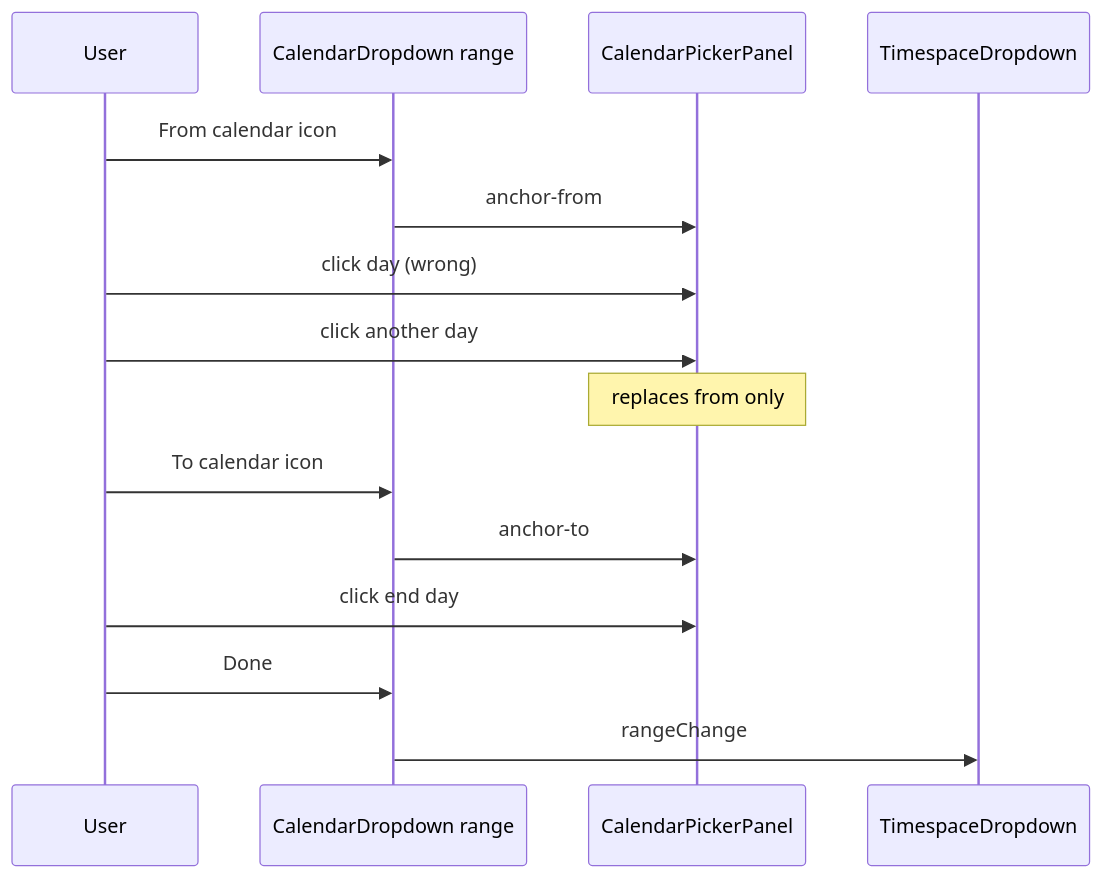
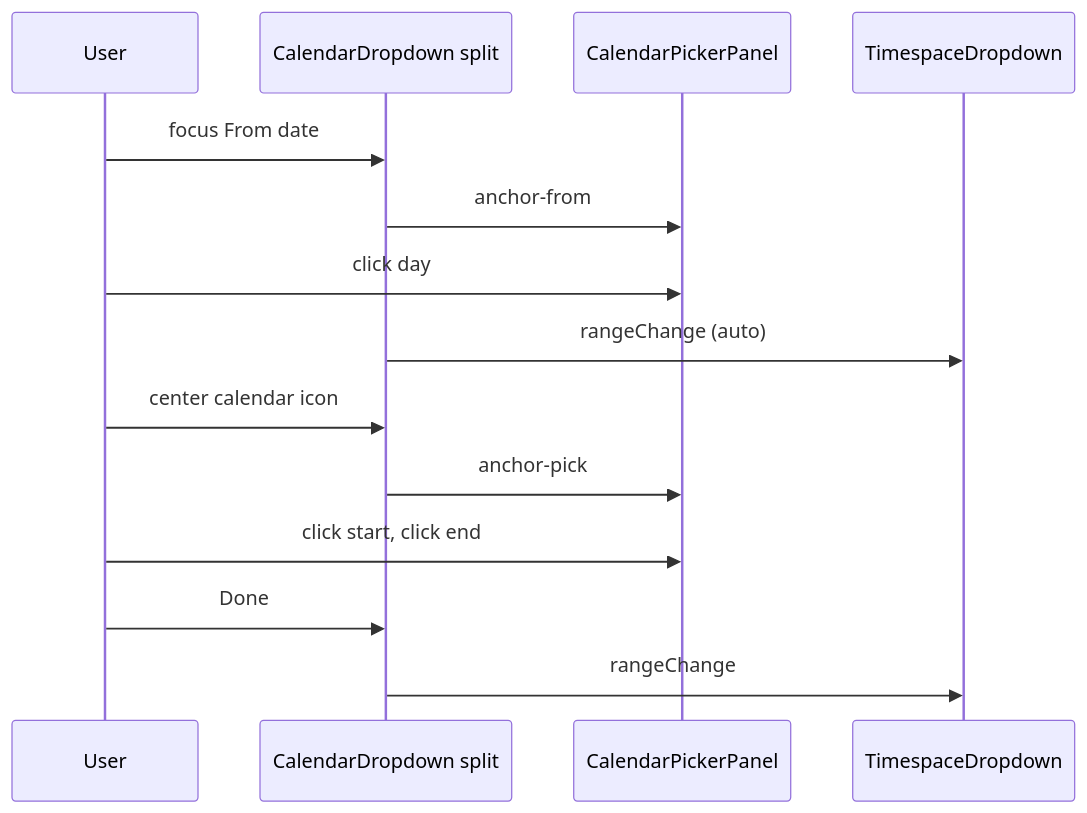
The diagram in docs/specs/component/filters/calendar-dropdown.range-mode.supplement.md (matkleve/feldpost), drawn with Mermaid before and after one commit. The commit also changed other lines of this file and 22 other files, not shown here.

````diff
--- a/docs/specs/component/filters/calendar-dropdown.range-mode.supplement.md
+++ b/docs/specs/component/filters/calendar-dropdown.range-mode.supplement.md
@@ -108,18 +133,17 @@
 ```mermaid
 sequenceDiagram
   participant U as User
-  participant CR as CalendarDropdown range
+  participant CR as CalendarDropdown split
   participant P as CalendarPickerPanel
   participant TS as TimespaceDropdown
 
-  U->>CR: From calendar icon
+  U->>CR: focus From date
   CR->>P: anchor-from
-  U->>P: click day (wrong)
-  U->>P: click another day
-  Note over P: replaces from only
-  U->>CR: To calendar icon
-  CR->>P: anchor-to
-  U->>P: click end day
+  U->>P: click day
+  CR->>TS: rangeChange (auto)
+  U->>CR: center calendar icon
+  CR->>P: anchor-pick
+  U->>P: click start, click end
   U->>CR: Done
   CR->>TS: rangeChange
 ```
````
